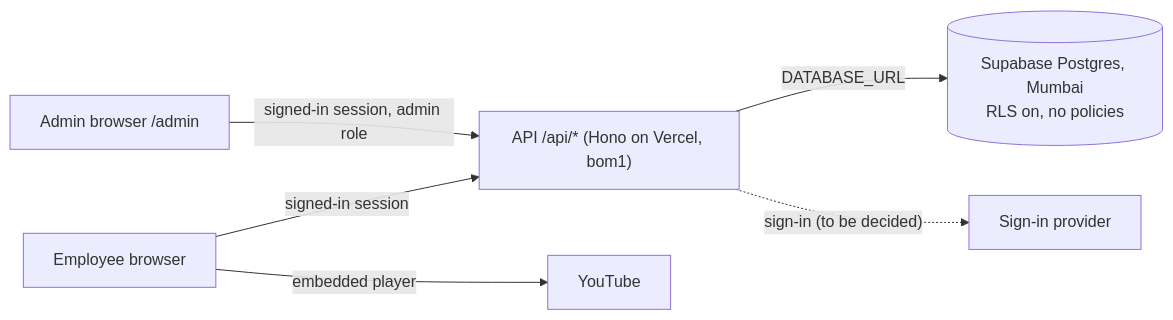
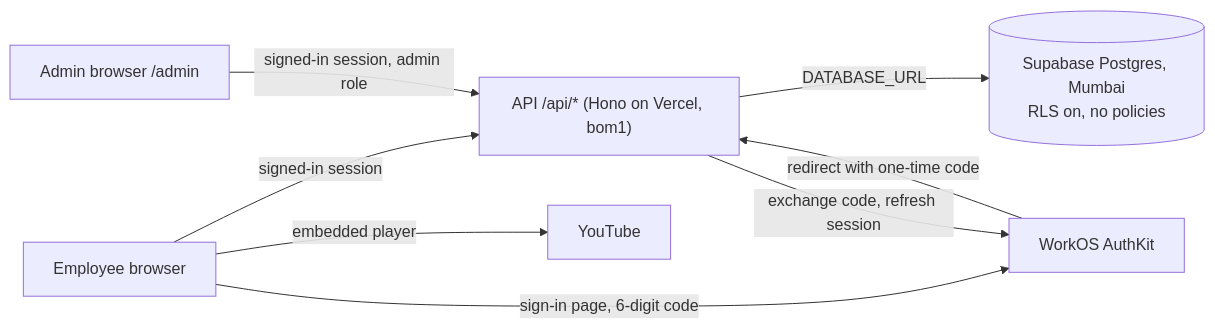
One commit to darshan-jahagirdar-1905/internal-assessment-tool changed the diagram in architecture.md. Above: the diagram before and after it, drawn with Mermaid. The commit also changed other lines of this file and 2 other files, not shown here.

First line of the commit message:
docs: use workos authkit for sign-in (#3)

````diff
--- a/architecture.md
+++ b/architecture.md
@@ -69,8 +72,10 @@
 ```mermaid
 flowchart LR
     Emp["Employee browser"] -->|"signed-in session"| API["API /api/* (Hono on Vercel, bom1)"]
     Admin["Admin browser /admin"] -->|"signed-in session, admin role"| API
     Emp -->|"embedded player"| YT["YouTube"]
     API -->|"DATABASE_URL"| DB[("Supabase Postgres, Mumbai<br/>RLS on, no policies")]
-    API -.->|"sign-in (to be decided)"| IdP["Sign-in provider"]
+    Emp -->|"sign-in page, 6-digit code"| WOS["WorkOS AuthKit"]
+    WOS -->|"redirect with one-time code"| API
+    API -->|"exchange code, refresh session"| WOS
 ```
````
